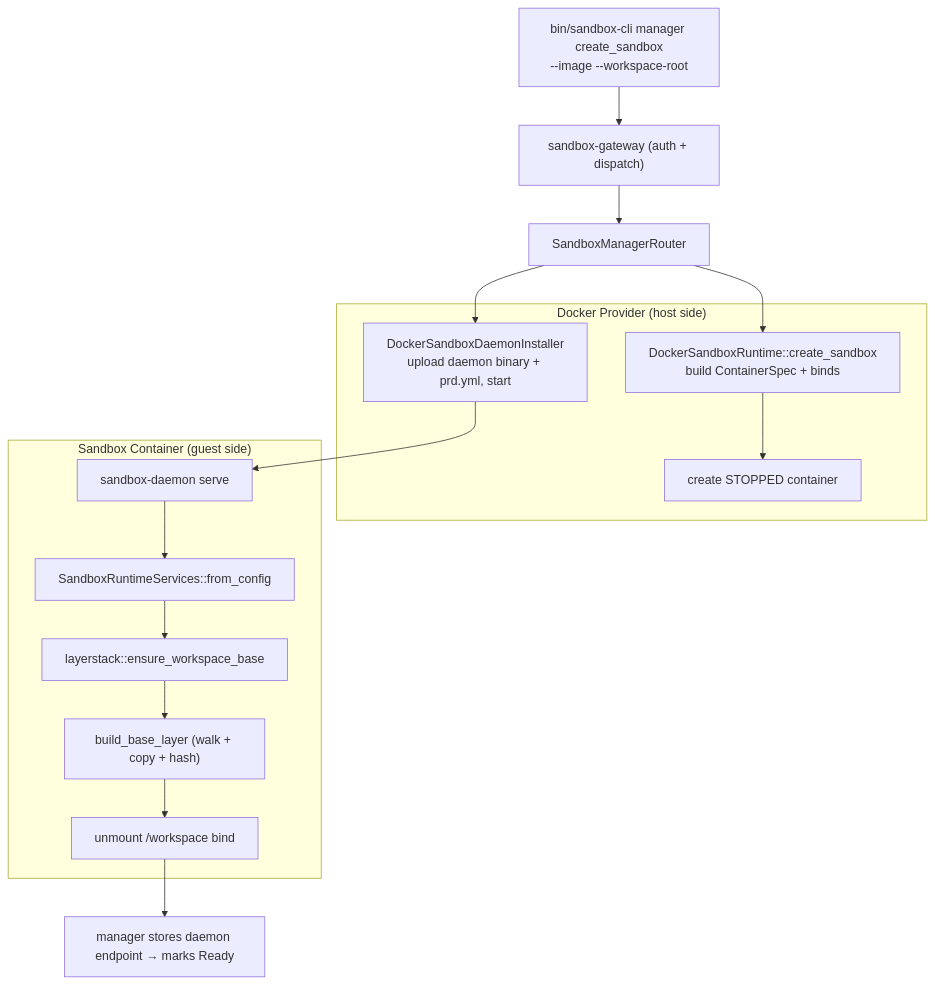
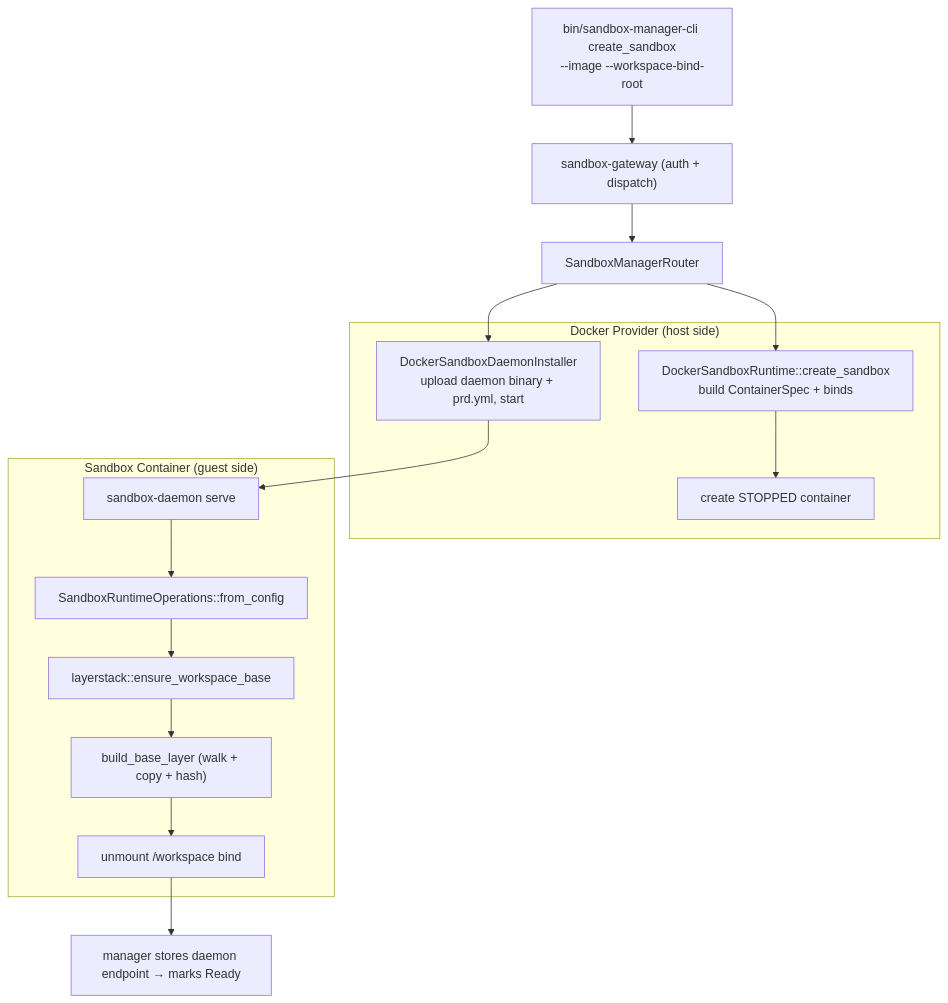
One commit to Ephemeral-AI-Lab/ephemeral-os changed the first of 3 diagrams in docs/obsidian/ephemeral-os/docs/layerstack/create_sandbox.md. Above: the diagram before and after it, drawn with Mermaid. The commit also changed other lines of this file and 57 other files, not shown here.

````diff
--- a/docs/obsidian/ephemeral-os/docs/layerstack/create_sandbox.md
+++ b/docs/obsidian/ephemeral-os/docs/layerstack/create_sandbox.md
@@ -29,26 +29,26 @@
 ```mermaid
 flowchart TB
-    CLI["bin/sandbox-cli manager create_sandbox<br/>--image --workspace-root"]
+    CLI["bin/sandbox-manager-cli create_sandbox<br/>--image --workspace-bind-root"]
     Gateway["sandbox-gateway (auth + dispatch)"]
     Router["SandboxManagerRouter"]
 
     subgraph Provider["Docker Provider (host side)"]
         Runtime["DockerSandboxRuntime::create_sandbox<br/>build ContainerSpec + binds"]
         Stopped["create STOPPED container"]
         Installer["DockerSandboxDaemonInstaller<br/>upload daemon binary + prd.yml, start"]
     end
 
     subgraph Container["Sandbox Container (guest side)"]
         Serve["sandbox-daemon serve"]
-        Services["SandboxRuntimeServices::from_config"]
+        Services["SandboxRuntimeOperations::from_config"]
         Ensure["layerstack::ensure_workspace_base"]
         Build["build_base_layer (walk + copy + hash)"]
         Unmount["unmount /workspace bind"]
     end
 
     Ready["manager stores daemon endpoint → marks Ready"]
 
     CLI --> Gateway --> Router --> Runtime --> Stopped
     Router --> Installer --> Serve --> Services --> Ensure --> Build
     Build --> Unmount --> Ready
 ```
````
